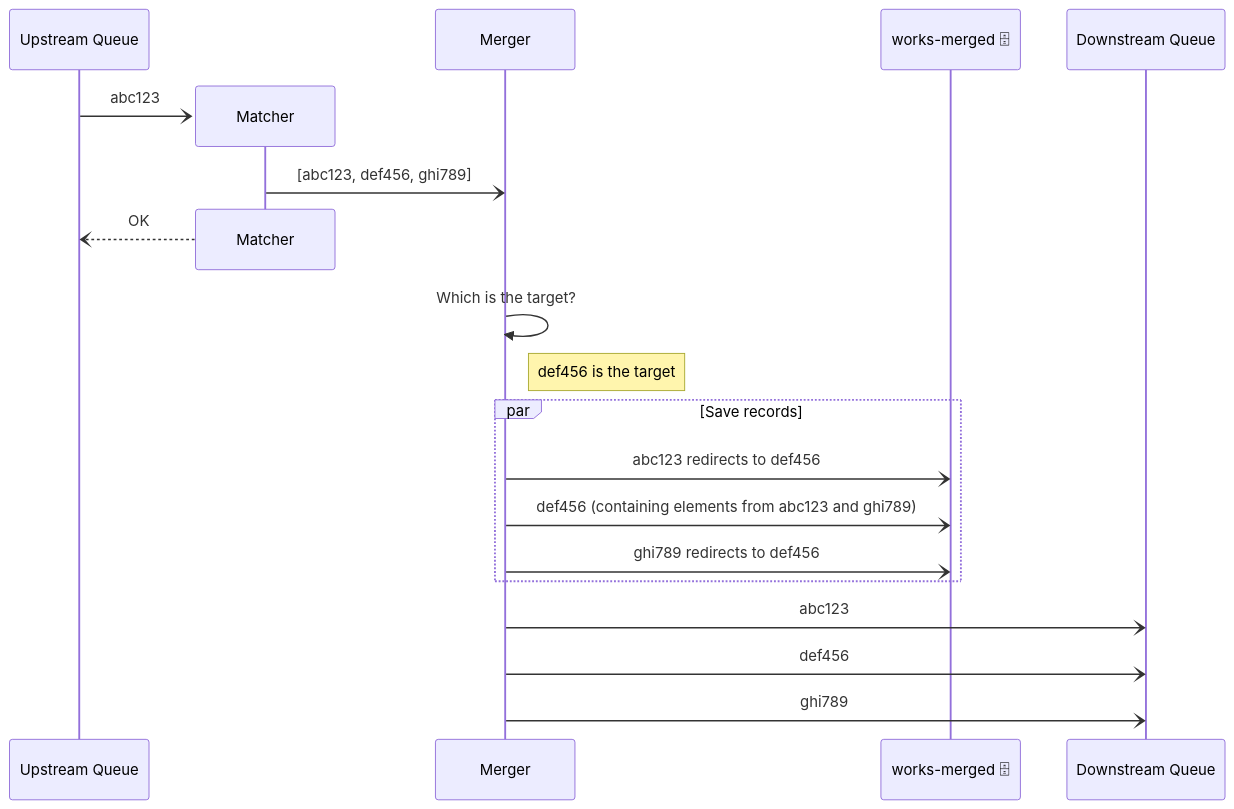
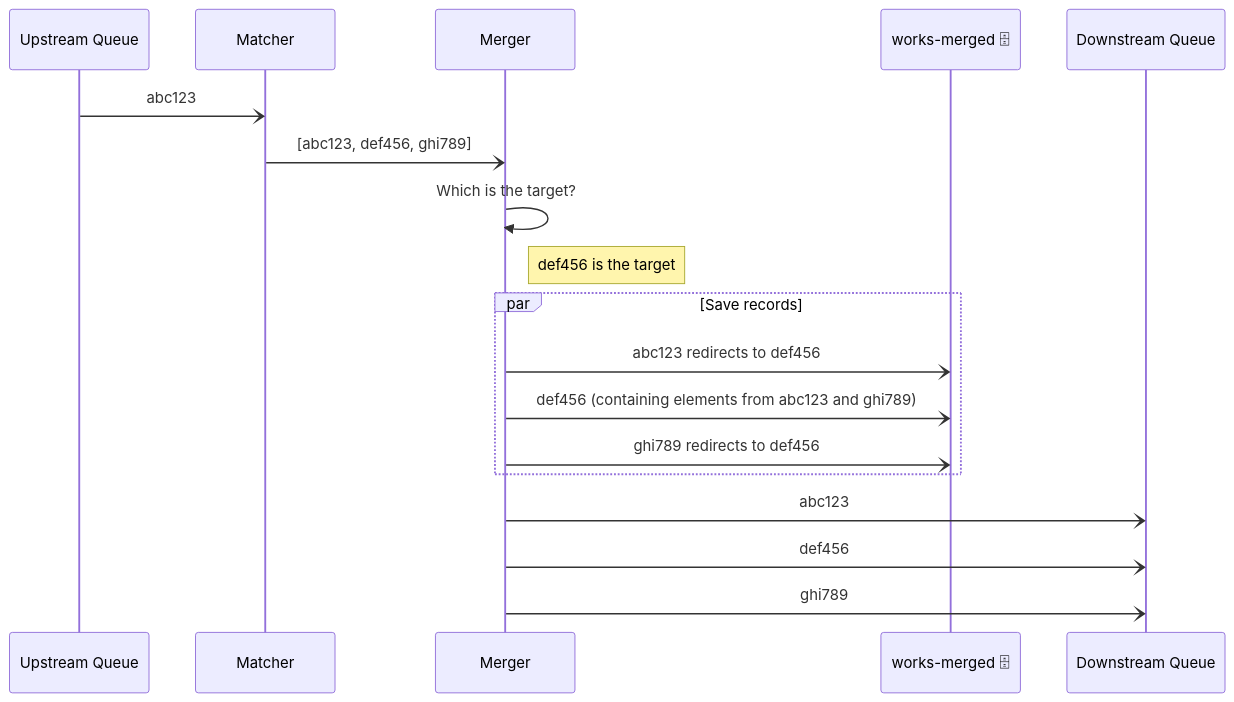
Before and after one commit to wellcomecollection/catalogue-pipeline: the diagram in pipeline/merger/README.md, drawn with Mermaid.

Commit message:
Fix for GitHub flavoured mermaid
Github doesn't like create/destroy

````diff
--- a/pipeline/merger/README.md
+++ b/pipeline/merger/README.md
@@ -25,25 +25,23 @@
 ```mermaid
 sequenceDiagram
     participant Upstream Queue
-    create participant Matcher
-    Upstream Queue -) Matcher: abc123
+    participant Matcher
     participant Merger
     participant works-merged 🗄
-participant Downstream Queue
+    participant Downstream Queue
 
+Upstream Queue -) Matcher: abc123
 Matcher -) Merger: [abc123, def456, ghi789]
-destroy Matcher
-Matcher --) Upstream Queue: OK
 Merger ->> Merger: Which is the target?
 Note right of Merger: def456 is the target
 
 par Save records
 Merger -) works-merged 🗄: abc123 redirects to def456
 Merger -) works-merged 🗄: def456 (containing elements from abc123 and ghi789)
 Merger -) works-merged 🗄: ghi789 redirects to def456
 end
 Merger -) Downstream Queue: abc123
 Merger -) Downstream Queue: def456
 Merger -) Downstream Queue: ghi789
 
 ```
````
